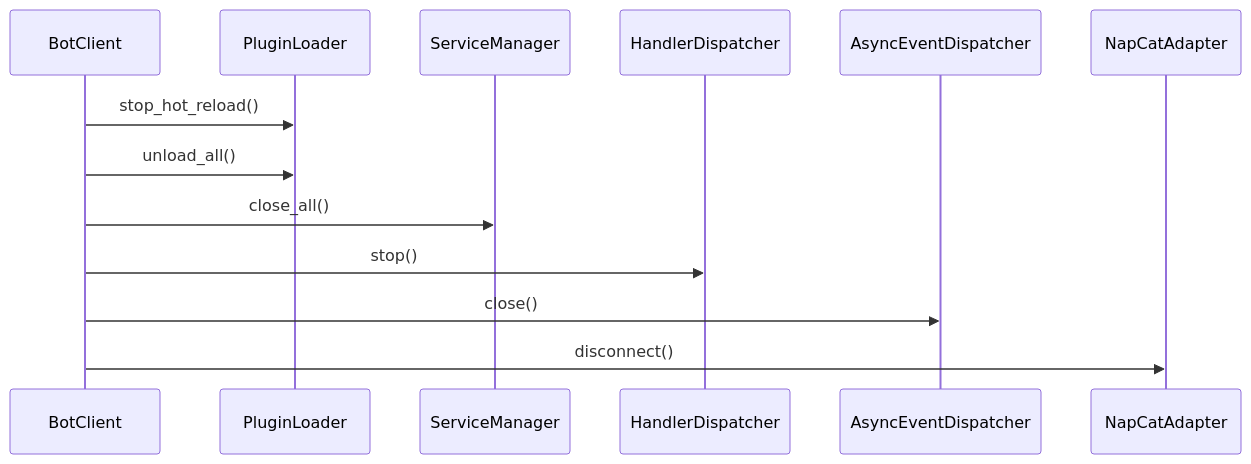
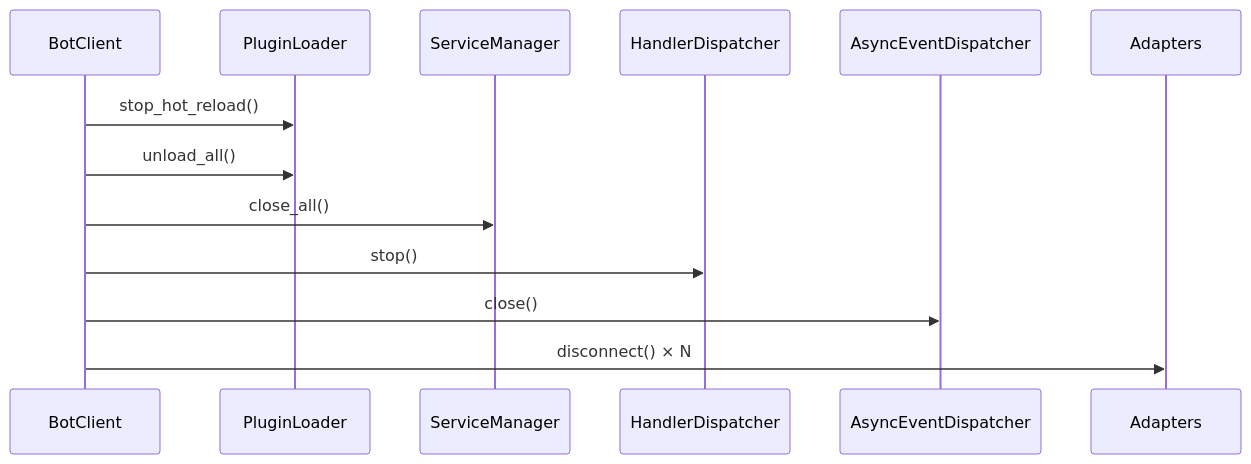
Diagram 15 of 16 in docs/architecture.md (Sparrived/ncatbot), drawn with Mermaid before and after one commit. The commit also changed other lines of this file and 91 other files, not shown here.

````diff
--- a/docs/architecture.md
+++ b/docs/architecture.md
@@ -628,16 +779,16 @@
 ```mermaid
 sequenceDiagram
     participant Client as BotClient
     participant Plug as PluginLoader
     participant Svc as ServiceManager
     participant HDis as HandlerDispatcher
     participant Disp as AsyncEventDispatcher
-    participant Adapter as NapCatAdapter
+    participant Adapters as Adapters
 
     Client->>Plug: stop_hot_reload()
     Client->>Plug: unload_all()
     Client->>Svc: close_all()
     Client->>HDis: stop()
     Client->>Disp: close()
-    Client->>Adapter: disconnect()
+    Client->>Adapters: disconnect() × N
 ```
````
